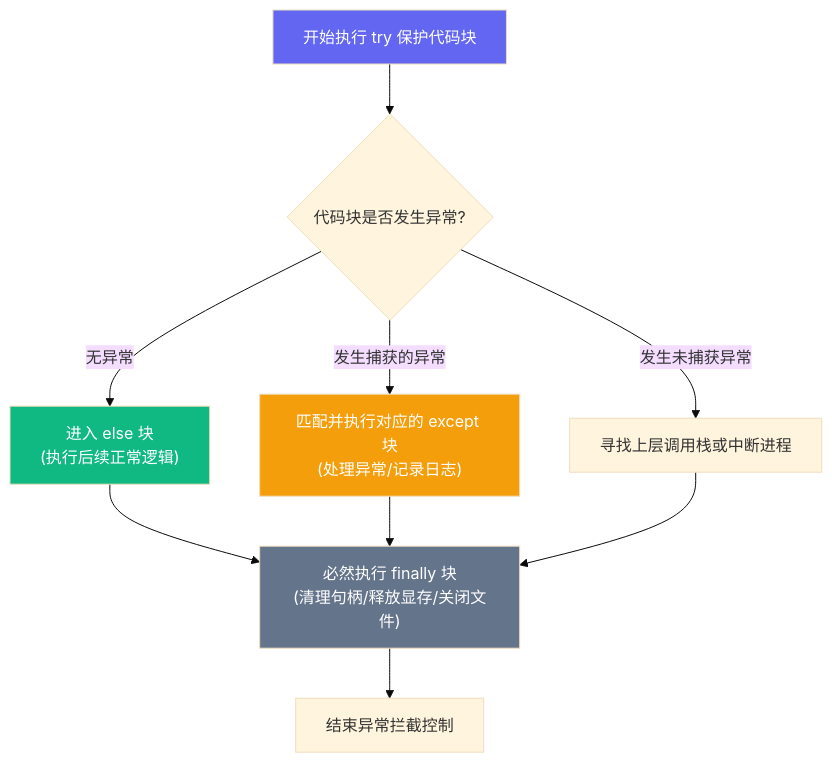
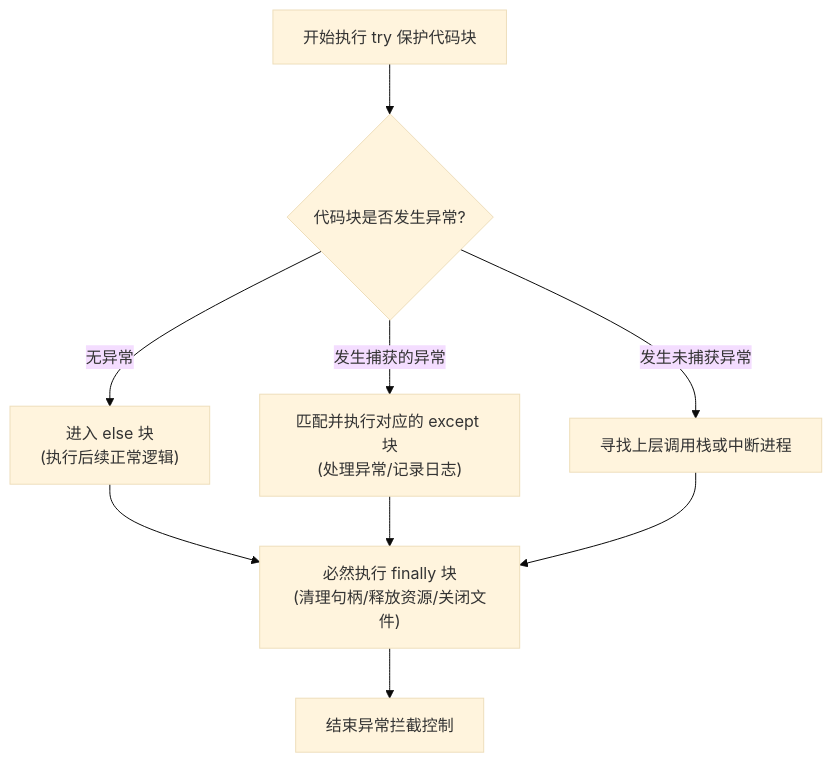
The diagram in content/foundations/python/07-py-files-debugging.mdx (Ackow/mindpath-ai), drawn with Mermaid (base theme) before and after one commit. The commit also changed other lines of this file and 105 other files, not shown here.

````diff
--- a/content/foundations/python/07-py-files-debugging.mdx
+++ b/content/foundations/python/07-py-files-debugging.mdx
@@ -199,16 +132,11 @@
 ```mermaid
 flowchart TD
     A["开始执行 try 保护代码块"] --> B{"代码块是否发生异常?"}
     B -- 无异常 --> C["进入 else 块<br/>(执行后续正常逻辑)"]
     B -- 发生捕获的异常 --> D["匹配并执行对应的 except 块<br/>(处理异常/记录日志)"]
     B -- 发生未捕获异常 --> E["寻找上层调用栈或中断进程"]
-    C --> F["必然执行 finally 块<br/>(清理句柄/释放显存/关闭文件)"]
+    C --> F["必然执行 finally 块<br/>(清理句柄/释放资源/关闭文件)"]
     D --> F
     E --> F
     F --> End["结束异常拦截控制"]
-
-    style A fill:#6366f1,color:#fff
-    style C fill:#10b981,color:#fff
-    style D fill:#f59e0b,color:#fff
-    style F fill:#64748b,color:#fff
 ```
````
